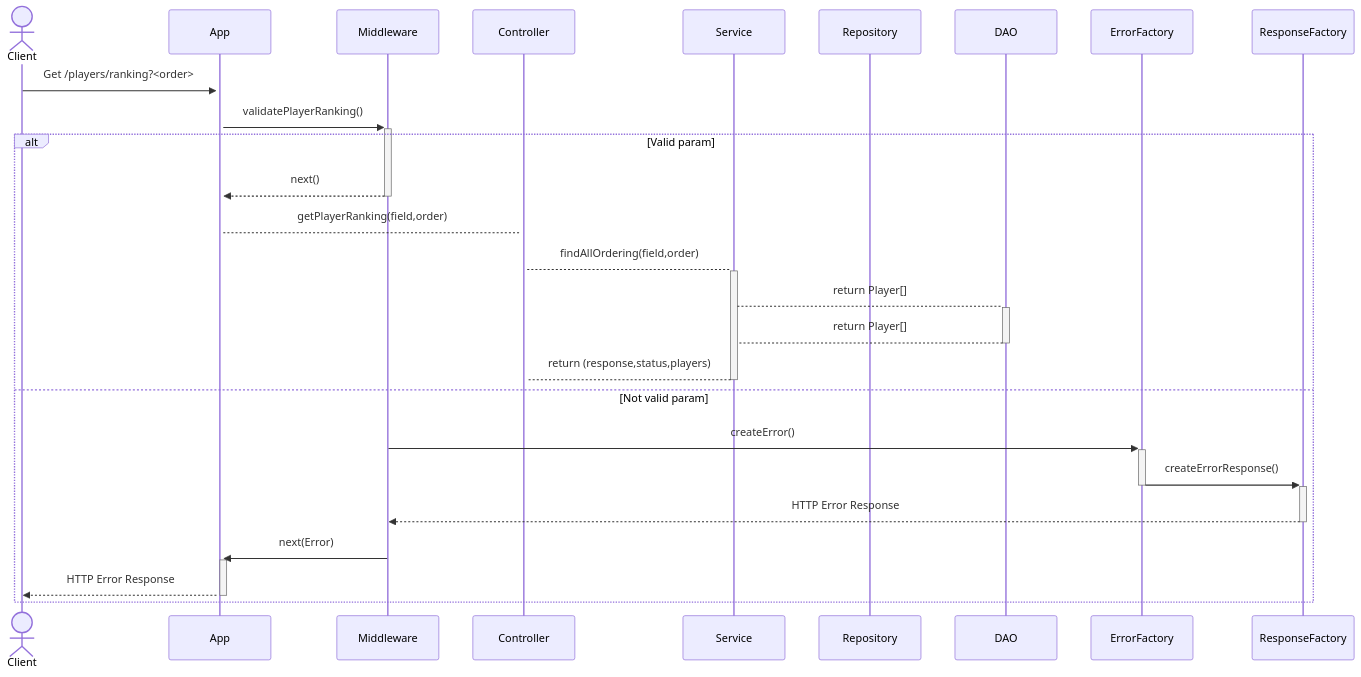
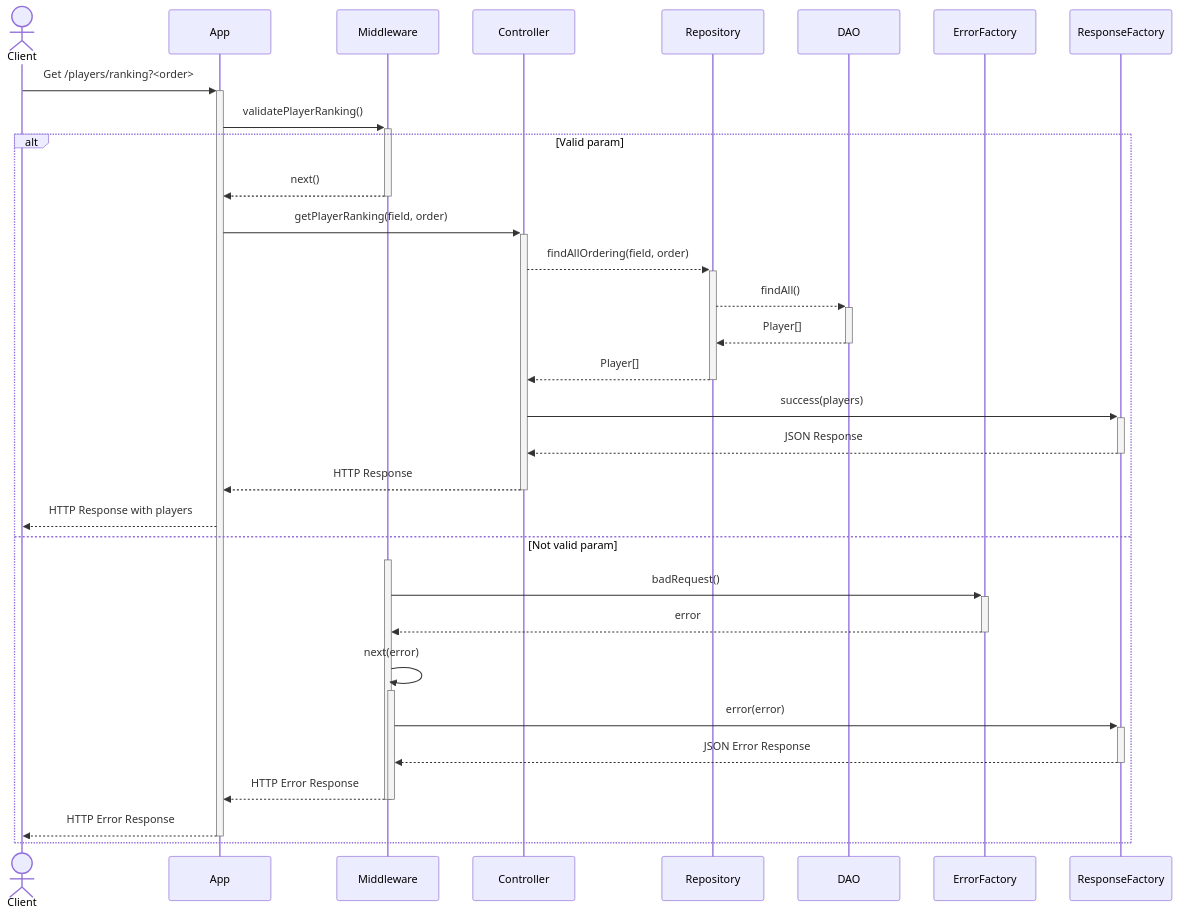
The third of 3 diagrams in README.md (nicolobartolinii/chess-backend), drawn with Mermaid before and after one commit. The commit also changed other lines of this file and 4 other files, not shown here.

````diff
--- a/README.md
+++ b/README.md
@@ -133,32 +216,36 @@
 ```mermaid
 sequenceDiagram
     actor Client
     participant App
     participant Middleware
     participant Controller
-    participant Service
     participant Repository
     participant DAO
     participant ErrorFactory
     participant ResponseFactory
-
-    Client->>+App: Get /players/ranking?<order>
-    App->>+Middleware: validatePlayerRanking()
+    
+    Client ->>+ App: Get /players/ranking?<order>
+    App ->>+ Middleware: validatePlayerRanking()
     alt Valid param
-        Middleware-->>-App: next()
-        App-->+Controller:getPlayerRanking(field,order)
-        Controller-->+Service:findAllOrdering(field,order)
-        Service-->+DAO: return Player[]
-        DAO-->-Service: return Player[]
-        Service-->-Controller: return (response,status,players)
+        Middleware -->>- App: next()
+        App ->>+ Controller: getPlayerRanking(field, order)
+        Controller -->>+ Repository: findAllOrdering(field, order)
+        Repository -->>+ DAO: findAll()
+        DAO -->>- Repository: Player[]
+        Repository -->>- Controller: Player[]
+        Controller ->>+ ResponseFactory: success(players)
+        ResponseFactory -->>- Controller: JSON Response
+        Controller -->>- App: HTTP Response
+        App -->> Client: HTTP Response with players
     else Not valid param
-        Middleware->>+ErrorFactory: createError()
-        ErrorFactory->>+ResponseFactory: createErrorResponse()
-        deactivate ErrorFactory
-        ResponseFactory-->>-Middleware: HTTP Error Response
-        Middleware->>+App: next(Error)
-        App-->>-Client: HTTP Error Response
-      
+        activate Middleware
+        Middleware ->>+ ErrorFactory: badRequest()
+        ErrorFactory -->>- Middleware: error
+        Middleware ->>+ Middleware: next(error)
+        Middleware ->>+ ResponseFactory: error(error)
+        ResponseFactory -->>- Middleware: JSON Error Response
+        Middleware -->>- App: HTTP Error Response
+        deactivate Middleware
+        App -->>- Client: HTTP Error Response
     end
-
 ```
````
